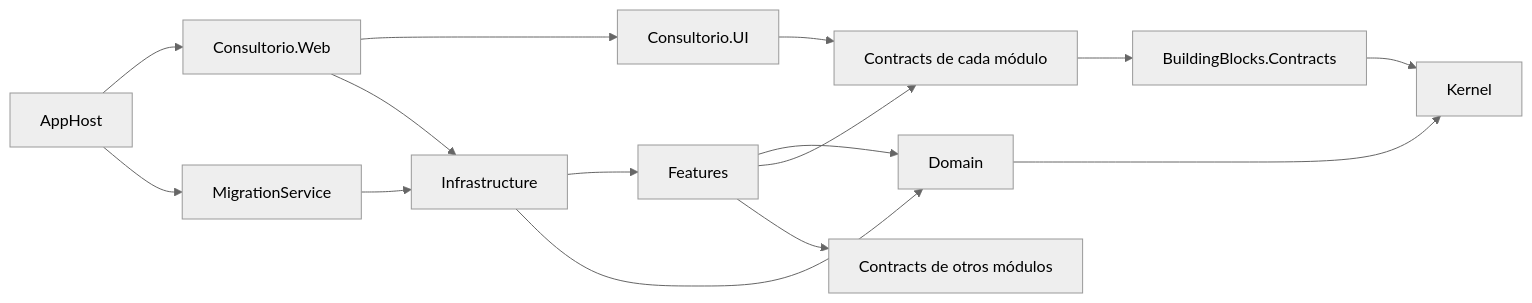
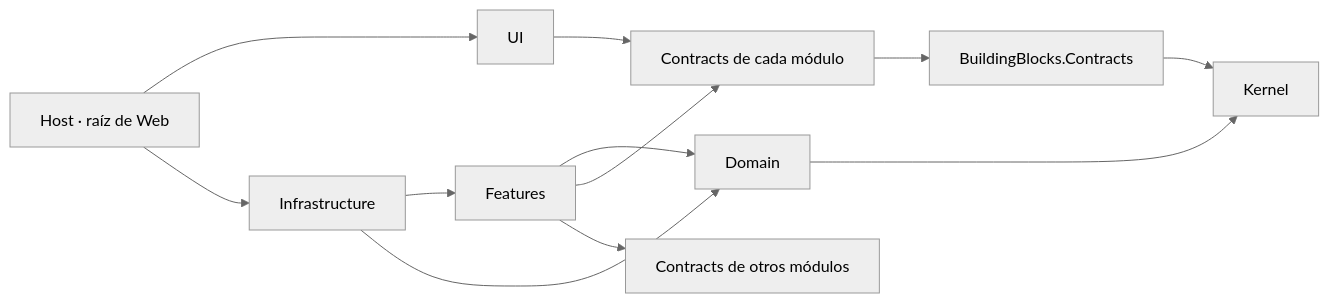
One commit to yerald231ger/draselina-consultorio changed the first of 3 diagrams in _bmad-output/initiative-draselina/architecture-appointment-booking/architecture-appointment-booking.md. Above: the diagram before and after it, drawn with Mermaid (neutral theme). The commit also changed other lines of this file and 67 other files, not shown here.

````diff
--- a/_bmad-output/initiative-draselina/architecture-appointment-booking/architecture-appointment-booking.md
+++ b/_bmad-output/initiative-draselina/architecture-appointment-booking/architecture-appointment-booking.md
@@ -46,17 +48,14 @@
 ```mermaid
 flowchart LR
-    UI[Consultorio.UI] --> CT[Contracts de cada módulo]
+    UI[UI] --> CT[Contracts de cada módulo]
     FE[Features] --> DO[Domain]
     FE --> CT
     FE --> OC[Contracts de otros módulos]
     IN[Infrastructure] --> FE
     IN --> DO
     DO --> KE[Kernel]
     CT --> BC[BuildingBlocks.Contracts]
     BC --> KE
-    WEB[Consultorio.Web] --> UI
-    WEB --> IN
-    MIG[MigrationService] --> IN
-    APP[AppHost] --> WEB
-    APP --> MIG
+    HOST[Host · raíz de Web] --> UI
+    HOST --> IN
 ```
````
